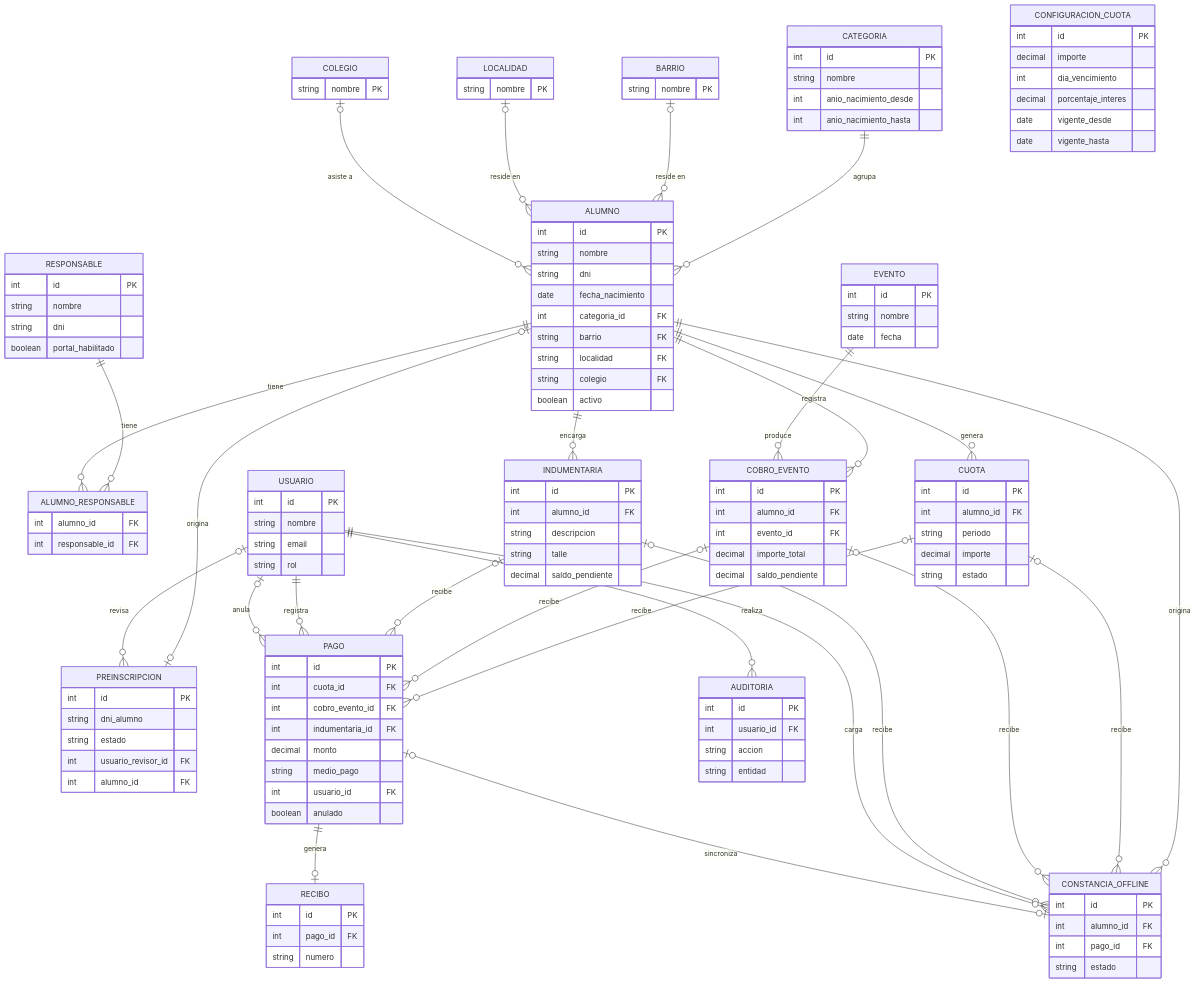
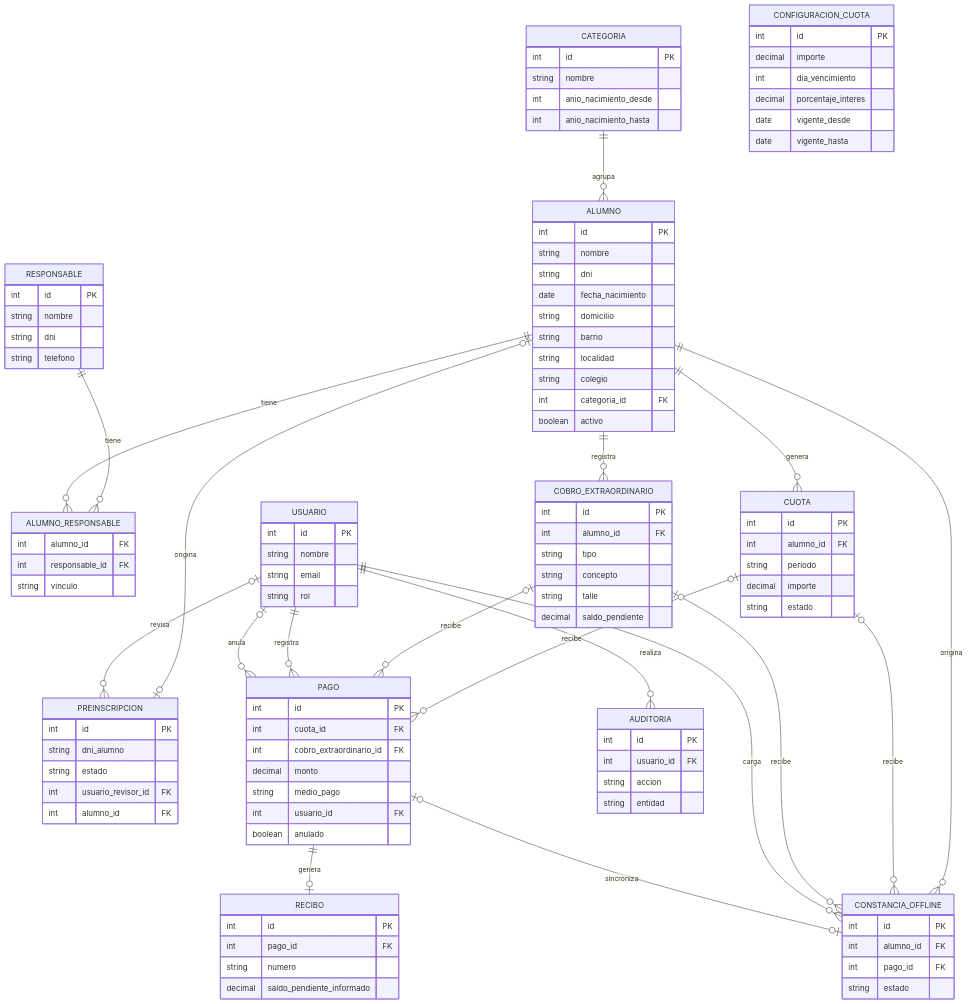
Before and after one commit to Marigi84/rojas-fc-gestion: the diagram in docs/2da Entrega - Diseño y Modulos.md, drawn with Mermaid. The commit also changed other lines of this file and 4 other files, not shown here.

````diff
--- a/docs/2da Entrega - Diseño y Modulos.md
+++ b/docs/2da Entrega - Diseño y Modulos.md
@@ -13,27 +14,20 @@
 ```mermaid
 erDiagram
   CATEGORIA ||--o{ ALUMNO : agrupa
-  BARRIO o|--o{ ALUMNO : "reside en"
-  LOCALIDAD o|--o{ ALUMNO : "reside en"
-  COLEGIO o|--o{ ALUMNO : "asiste a"
   RESPONSABLE ||--o{ ALUMNO_RESPONSABLE : tiene
   ALUMNO ||--o{ ALUMNO_RESPONSABLE : tiene
   ALUMNO o|--o| PREINSCRIPCION : origina
   USUARIO o|--o{ PREINSCRIPCION : revisa
   ALUMNO ||--o{ CUOTA : genera
-  ALUMNO ||--o{ COBRO_EVENTO : registra
-  EVENTO ||--o{ COBRO_EVENTO : produce
-  ALUMNO ||--o{ INDUMENTARIA : encarga
+  ALUMNO ||--o{ COBRO_EXTRAORDINARIO : registra
   CUOTA o|--o{ PAGO : recibe
-  COBRO_EVENTO o|--o{ PAGO : recibe
-  INDUMENTARIA o|--o{ PAGO : recibe
+  COBRO_EXTRAORDINARIO o|--o{ PAGO : recibe
   USUARIO ||--o{ PAGO : registra
   USUARIO o|--o{ PAGO : anula
   PAGO ||--o| RECIBO : genera
   ALUMNO ||--o{ CONSTANCIA_OFFLINE : origina
   CUOTA o|--o{ CONSTANCIA_OFFLINE : recibe
-  COBRO_EVENTO o|--o{ CONSTANCIA_OFFLINE : recibe
-  INDUMENTARIA o|--o{ CONSTANCIA_OFFLINE : recibe
+  COBRO_EXTRAORDINARIO o|--o{ CONSTANCIA_OFFLINE : recibe
   USUARIO ||--o{ CONSTANCIA_OFFLINE : carga
   PAGO o|--o| CONSTANCIA_OFFLINE : sincroniza
   USUARIO ||--o{ AUDITORIA : realiza
@@ -44,41 +38,34 @@
     string email
     string rol
   }
-  BARRIO {
-    string nombre PK
-  }
-  LOCALIDAD {
-    string nombre PK
-  }
-  COLEGIO {
-    string nombre PK
-  }
-  RESPONSABLE {
-    int id PK
-    string nombre
-    string dni
-    boolean portal_habilitado
-  }
   CATEGORIA {
     int id PK
     string nombre
     int anio_nacimiento_desde
     int anio_nacimiento_hasta
   }
+  RESPONSABLE {
+    int id PK
+    string nombre
+    string dni
+    string telefono
+  }
   ALUMNO {
     int id PK
     string nombre
     string dni
     date fecha_nacimiento
+    string domicilio
+    string barrio
+    string localidad
+    string colegio
     int categoria_id FK
-    string barrio FK
-    string localidad FK
-    string colegio FK
     boolean activo
   }
   ALUMNO_RESPONSABLE {
     int alumno_id FK
     int responsable_id FK
+    string vinculo
   }
   PREINSCRIPCION {
     int id PK
@@ -102,30 +89,18 @@
     decimal importe
     string estado
   }
-  EVENTO {
-    int id PK
-    string nombre
-    date fecha
-  }
-  COBRO_EVENTO {
+  COBRO_EXTRAORDINARIO {
     int id PK
     int alumno_id FK
-    int evento_id FK
-    decimal importe_total
-    decimal saldo_pendiente
-  }
-  INDUMENTARIA {
-    int id PK
-    int alumno_id FK
-    string descripcion
+    string tipo
+    string concepto
     string talle
     decimal saldo_pendiente
   }
   PAGO {
     int id PK
     int cuota_id FK
-    int cobro_evento_id FK
-    int indumentaria_id FK
+    int cobro_extraordinario_id FK
     decimal monto
     string medio_pago
     int usuario_id FK
@@ -135,6 +110,7 @@
     int id PK
     int pago_id FK
     string numero
+    decimal saldo_pendiente_informado
   }
   CONSTANCIA_OFFLINE {
     int id PK
````
